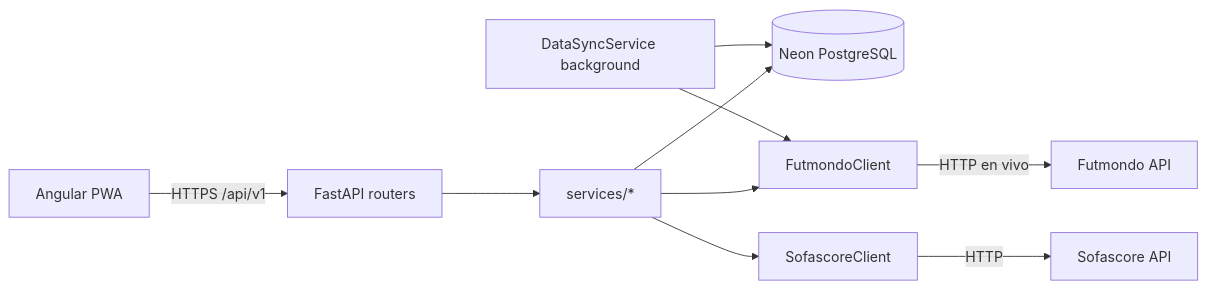
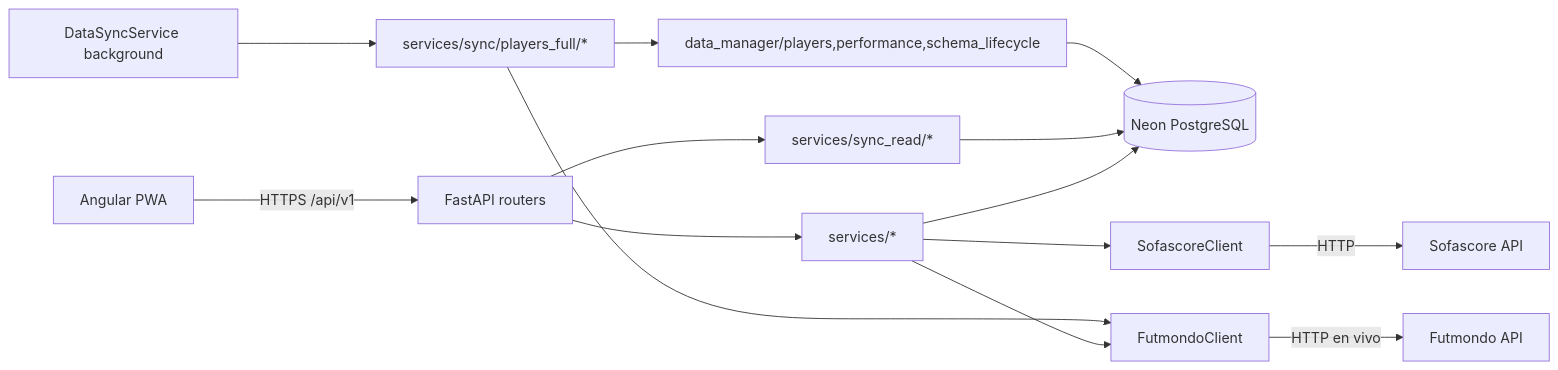
Before and after one commit to Mutinho/futmondo-analytics: the first of 5 diagrams in aidlc/spaces/default/codekb/futmondo-analytics/architecture.md, drawn with Mermaid. The commit also changed other lines of this file and 47 other files, not shown here.

````diff
--- a/aidlc/spaces/default/codekb/futmondo-analytics/architecture.md
+++ b/aidlc/spaces/default/codekb/futmondo-analytics/architecture.md
@@ -24,12 +31,16 @@
 ```mermaid
 flowchart LR
   FE[Angular PWA] -->|HTTPS /api/v1| API[FastAPI routers]
   API --> SVC[services/*]
+  API --> SR[services/sync_read/*]
   SVC --> DB[(Neon PostgreSQL)]
+  SR --> DB
   SVC --> FC[FutmondoClient]
   SVC --> SC[SofascoreClient]
   FC -->|HTTP en vivo| FUT[Futmondo API]
   SC -->|HTTP| SOFA[Sofascore API]
-  SYNC[DataSyncService background] --> FC
-  SYNC --> DB
+  SYNC[DataSyncService background] --> ORCH[services/sync/players_full/*]
+  ORCH --> FC
+  ORCH --> DMP[data_manager/players,performance,schema_lifecycle]
+  DMP --> DB
 ```
````
